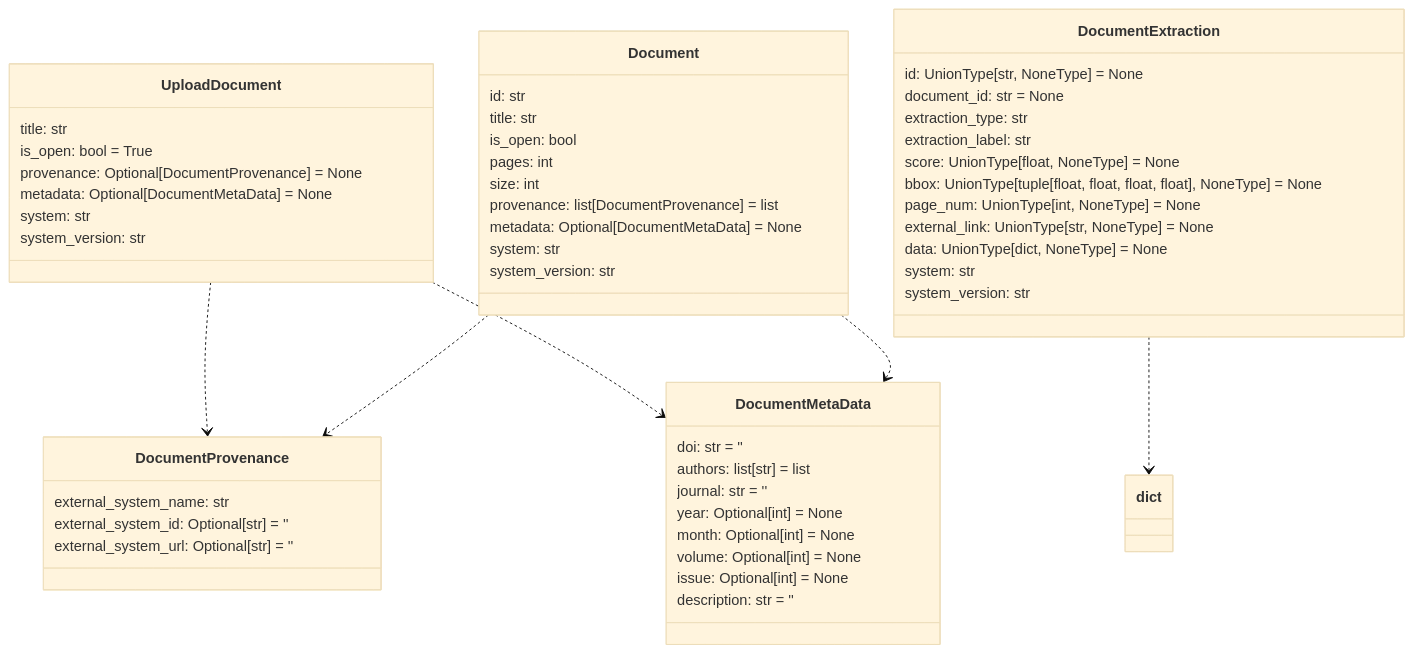
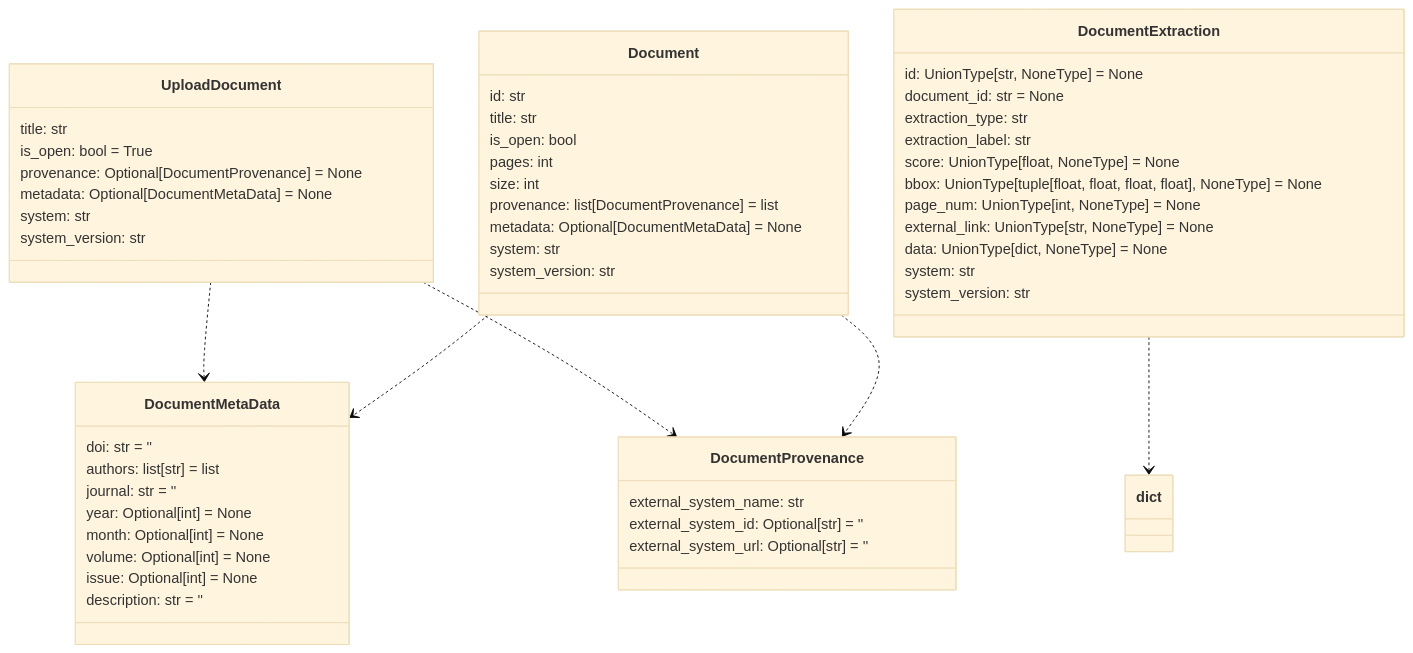
Before and after one commit to DARPA-CRITICALMAAS/cdr_schemas: the ninth of 12 diagrams in README.md, drawn with Mermaid (base theme). The commit also changed other lines of this file, not shown here.

````diff
--- a/README.md
+++ b/README.md
@@ -625,63 +625,63 @@
 ```mermaid
 classDiagram
+
+    class DocumentMetaData {
+        doi: str = ''
+        authors: list[str] = list
+        journal: str = ''
+        year: Optional[int] = None
+        month: Optional[int] = None
+        volume: Optional[int] = None
+        issue: Optional[int] = None
+        description: str = ''
+    }
+
+    class UploadDocument {
+        title: str
+        is_open: bool = True
+        provenance: Optional[DocumentProvenance] = None
+        metadata: Optional[DocumentMetaData] = None
+        system: str
+        system_version: str
+    }
+
+    class DocumentProvenance {
+        external_system_name: str
+        external_system_id: Optional[str] = ''
+        external_system_url: Optional[str] = ''
+    }
 
     class Document {
         id: str
         title: str
         is_open: bool
         pages: int
         size: int
         provenance: list[DocumentProvenance] = list
         metadata: Optional[DocumentMetaData] = None
         system: str
         system_version: str
     }
 
     class DocumentExtraction {
         id: UnionType[str, NoneType] = None
         document_id: str = None
         extraction_type: str
         extraction_label: str
         score: UnionType[float, NoneType] = None
         bbox: UnionType[tuple[float, float, float, float], NoneType] = None
         page_num: UnionType[int, NoneType] = None
         external_link: UnionType[str, NoneType] = None
         data: UnionType[dict, NoneType] = None
         system: str
         system_version: str
     }
 
-    class DocumentMetaData {
-        doi: str = ''
-        authors: list[str] = list
-        journal: str = ''
-        year: Optional[int] = None
-        month: Optional[int] = None
-        volume: Optional[int] = None
-        issue: Optional[int] = None
-        description: str = ''
-    }
-
-    class DocumentProvenance {
-        external_system_name: str
-        external_system_id: Optional[str] = ''
-        external_system_url: Optional[str] = ''
-    }
-
-    class UploadDocument {
-        title: str
-        is_open: bool = True
-        provenance: Optional[DocumentProvenance] = None
-        metadata: Optional[DocumentMetaData] = None
-        system: str
-        system_version: str
-    }
-
+    UploadDocument ..> DocumentMetaData
     UploadDocument ..> DocumentProvenance
-    UploadDocument ..> DocumentMetaData
+    Document ..> DocumentMetaData
     Document ..> DocumentProvenance
-    Document ..> DocumentMetaData
     DocumentExtraction ..> dict
 
 
 ```
````
